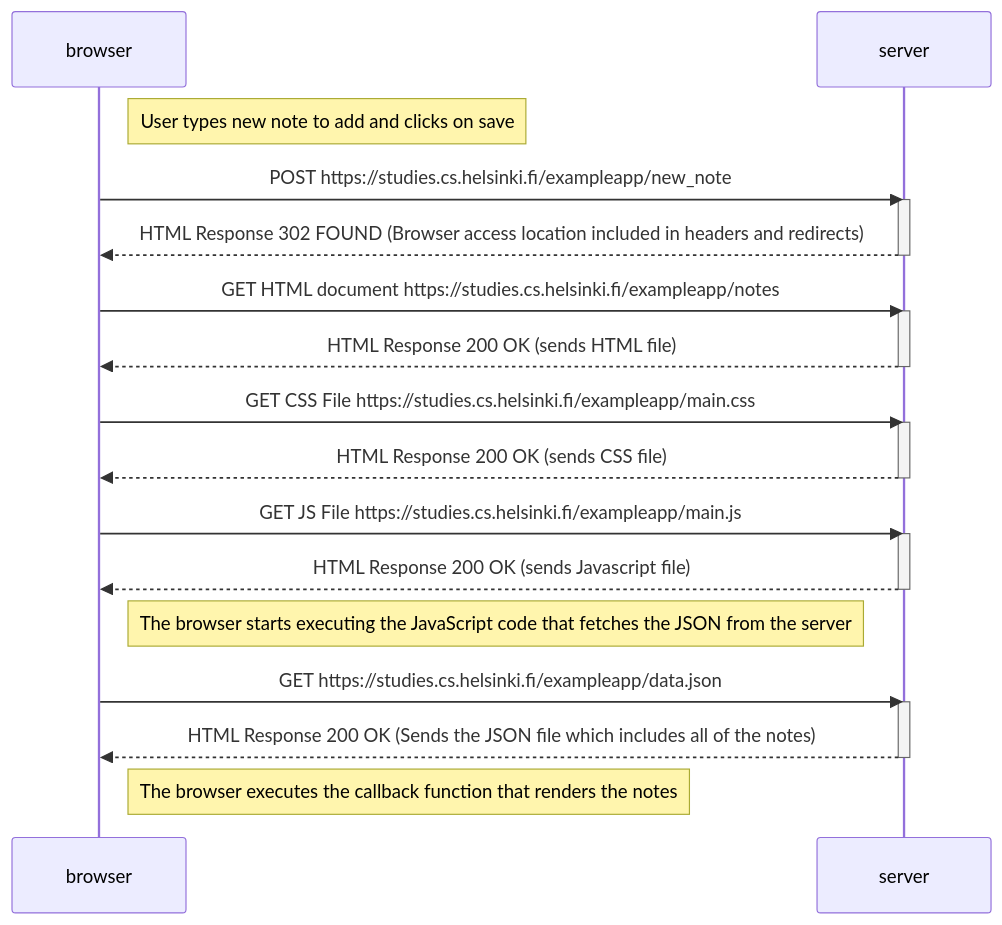
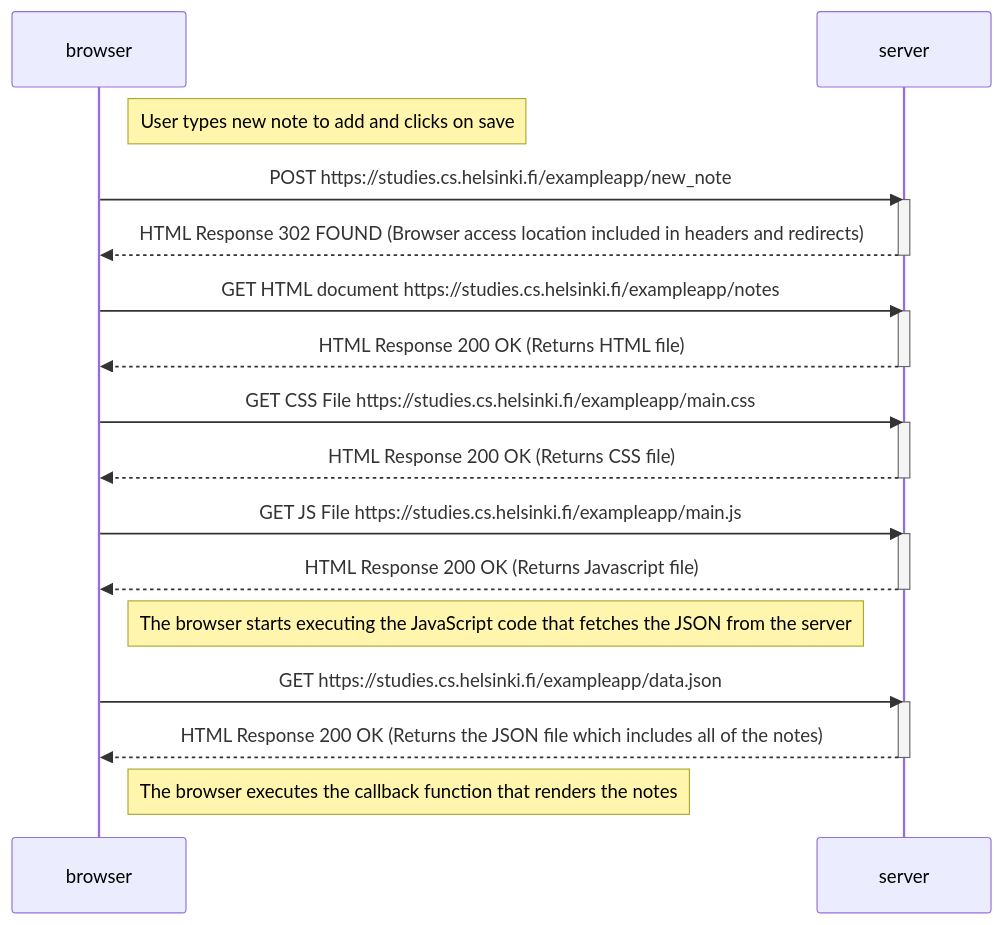
The diagram in part0/0.4.md (cvalt-code/FSO-Exercises), drawn with Mermaid before and after one commit. The commit also changed 1 other file, not shown here.

````diff
--- a/part0/0.4.md
+++ b/part0/0.4.md
@@ -1,37 +1,37 @@
 ```mermaid
 sequenceDiagram
     participant browser
     participant server
 
     Note right of browser: User types new note to add and clicks on save
 
     browser->>server: POST https://studies.cs.helsinki.fi/exampleapp/new_note
     activate server
     server-->>browser:  HTML Response 302 FOUND (Browser access location included in headers and redirects) 
     deactivate server
 
 
     browser->>server: GET HTML document https://studies.cs.helsinki.fi/exampleapp/notes
     activate server
-    server-->>browser: HTML Response 200 OK (sends HTML file)
+    server-->>browser: HTML Response 200 OK (Returns HTML file)
     deactivate server
 
     browser->>server: GET CSS File https://studies.cs.helsinki.fi/exampleapp/main.css
     activate server
-    server-->>browser: HTML Response 200 OK (sends CSS file)
+    server-->>browser: HTML Response 200 OK (Returns CSS file)
     deactivate server
 
     browser->>server: GET JS File https://studies.cs.helsinki.fi/exampleapp/main.js
     activate server
-    server-->>browser: HTML Response 200 OK (sends Javascript file)
+    server-->>browser: HTML Response 200 OK (Returns Javascript file)
     deactivate server
 
     Note right of browser: The browser starts executing the JavaScript code that fetches the JSON from the server
 
     browser->>server: GET https://studies.cs.helsinki.fi/exampleapp/data.json
     activate server
-    server-->>browser: HTML Response 200 OK (Sends the JSON file which includes all of the notes)
+    server-->>browser: HTML Response 200 OK (Returns the JSON file which includes all of the notes)
     deactivate server
 
     Note right of browser: The browser executes the callback function that renders the notes
 ```
````
